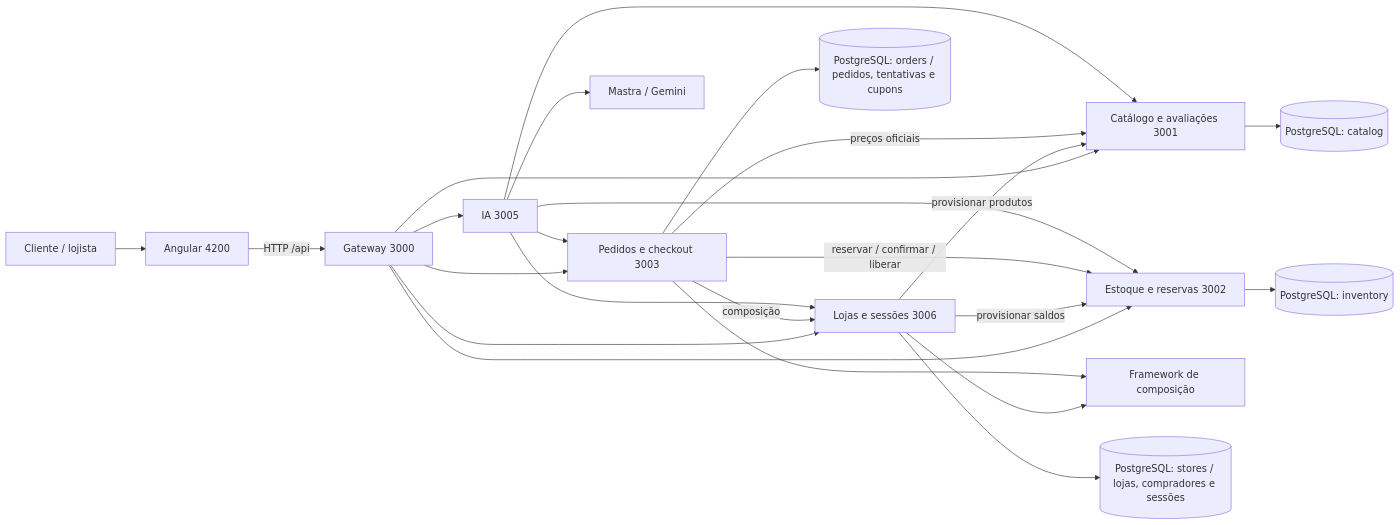
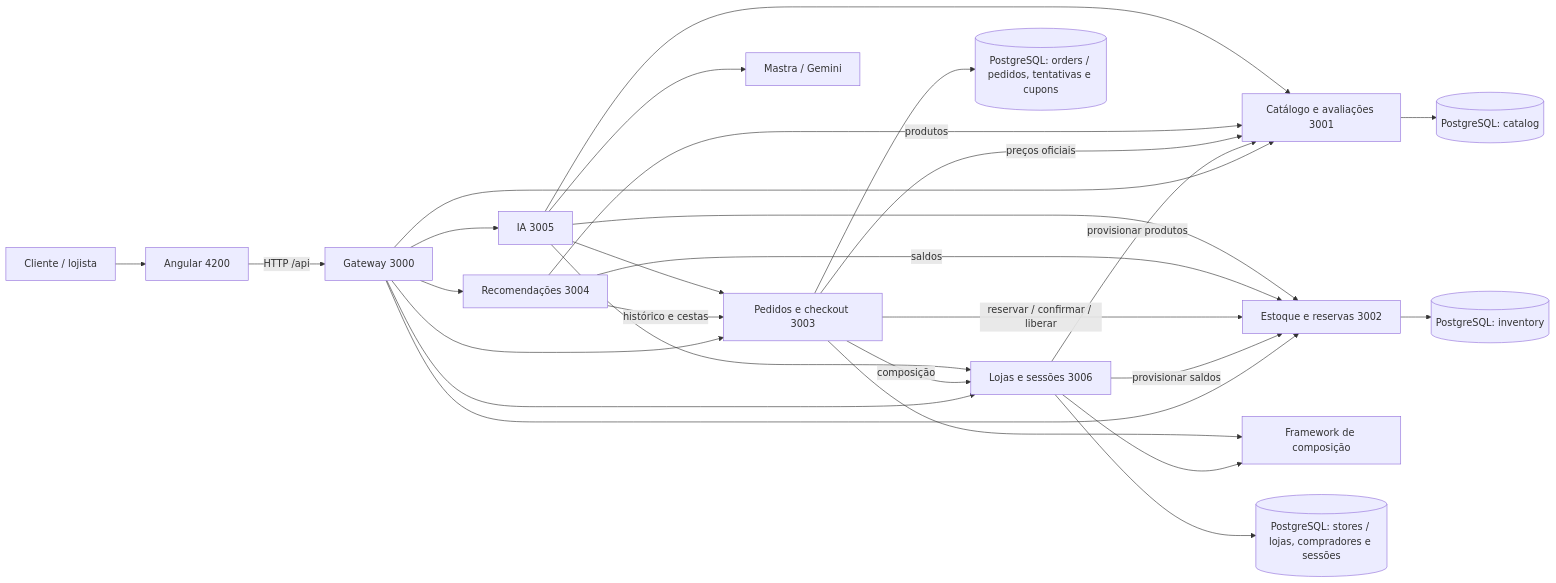
One commit to CaioMascarenhas/gerar-commerce changed the first of 6 diagrams in docs/arquitetura.md. Above: the diagram before and after it, drawn with Mermaid. The commit also changed other lines of this file and 3 other files, not shown here.

Commit message:
docs: adiciona diagramas de camadas, variabilidade e componentes

````diff
--- a/docs/arquitetura.md
+++ b/docs/arquitetura.md
@@ -11,26 +11,30 @@
 ```mermaid
 flowchart LR
   U[Cliente / lojista] --> A[Angular 4200]
   A -->|HTTP /api| G[Gateway 3000]
   G --> S[Lojas e sessões 3006]
   G --> C[Catálogo e avaliações 3001]
   G --> I[Estoque e reservas 3002]
   G --> O[Pedidos e checkout 3003]
+  G --> R[Recomendações 3004]
   G --> AI[IA 3005]
   S --> F[Framework de composição]
   S -->|provisionar produtos| C
   S -->|provisionar saldos| I
   O -->|preços oficiais| C
   O -->|composição| S
   O -->|reservar / confirmar / liberar| I
   O --> F
+  R -->|produtos| C
+  R -->|saldos| I
+  R -->|histórico e cestas| O
   AI --> I
   AI --> O
   AI --> C
   AI --> S
   AI --> GEM[Mastra / Gemini]
   S --> SD[(PostgreSQL: stores / lojas, compradores e sessões)]
   C --> CD[(PostgreSQL: catalog)]
   I --> ID[(PostgreSQL: inventory)]
   O --> OD[(PostgreSQL: orders / pedidos, tentativas e cupons)]
 ```
````
